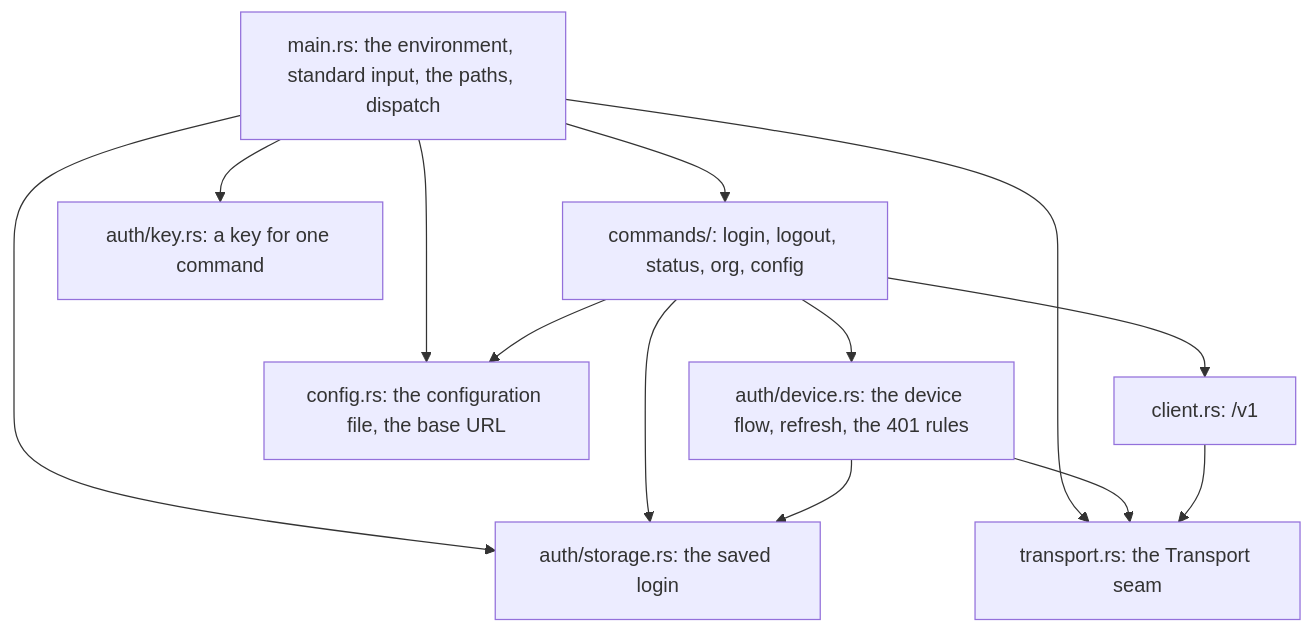
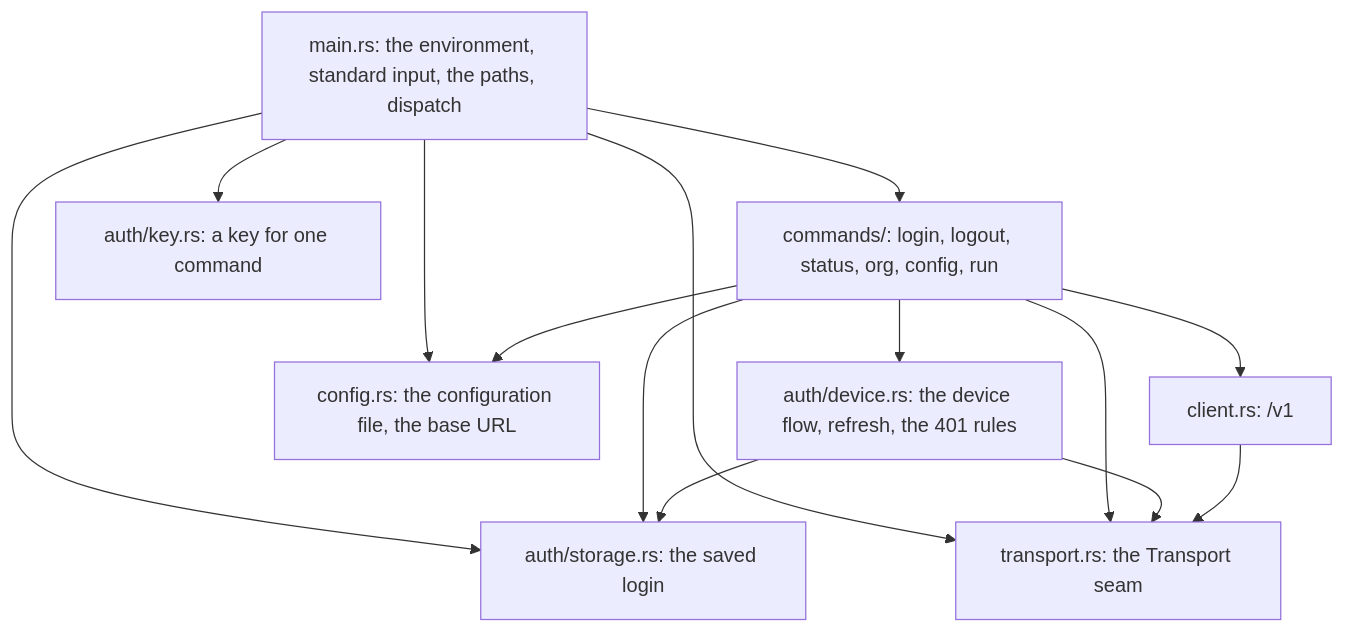
The second of 2 diagrams in ARCHITECTURE.md (telmoni/telmoni-cli), drawn with Mermaid before and after one commit. The commit also changed other lines of this file and 8 other files, not shown here.

````diff
--- a/ARCHITECTURE.md
+++ b/ARCHITECTURE.md
@@ -108,23 +113,24 @@
 ```mermaid
 flowchart TB
   Main["main.rs: the environment, standard input, the paths, dispatch"]
-  Cmds["commands/: login, logout, status, org, config"]
+  Cmds["commands/: login, logout, status, org, config, run"]
   Device["auth/device.rs: the device flow, refresh, the 401 rules"]
   Key["auth/key.rs: a key for one command"]
   Store["auth/storage.rs: the saved login"]
   Config["config.rs: the configuration file, the base URL"]
   V1["client.rs: /v1"]
   T["transport.rs: the Transport seam"]
   Main --> Cmds
   Main --> Key
   Main --> Store
   Main --> Config
   Main --> T
   Cmds --> Device
   Cmds --> Store
   Cmds --> Config
   Cmds --> V1
+  Cmds --> T
   Device --> Store
   Device --> T
   V1 --> T
 ```
````
